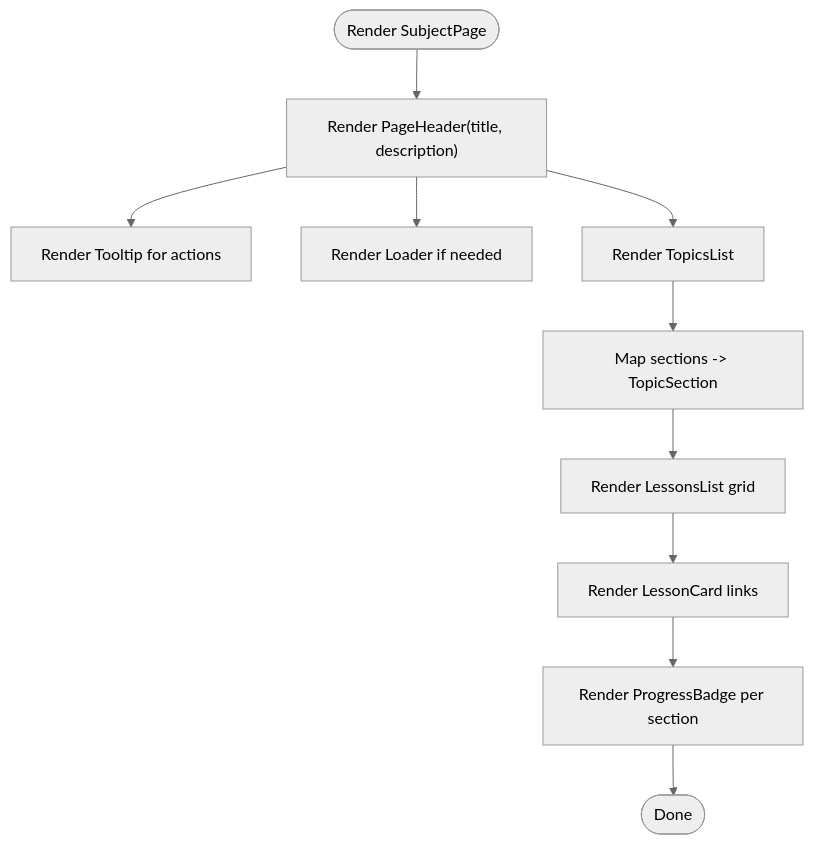
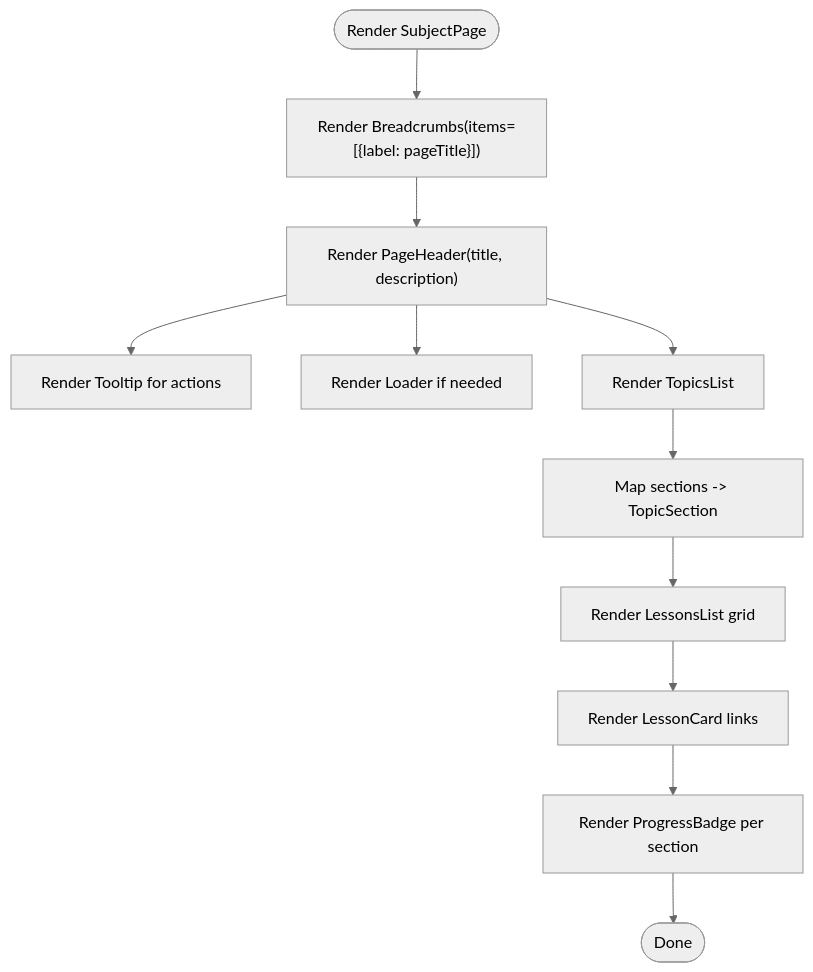
The ninth of 12 diagrams in .qoder/repowiki/en/content/Architecture & Design/Component Hierarchy & UI Architecture.md (AlexKutz/math-app-next-js), drawn with Mermaid (neutral theme) before and after one commit. The commit also changed other lines of this file and 125 other files, not shown here.

````diff
--- a/.qoder/repowiki/en/content/Architecture & Design/Component Hierarchy & UI Architecture.md
+++ b/.qoder/repowiki/en/content/Architecture & Design/Component Hierarchy & UI Architecture.md
@@ -254,12 +561,13 @@
 ```mermaid
 flowchart TD
-Start(["Render SubjectPage"]) --> PH["Render PageHeader(title, description)"]
+Start(["Render SubjectPage"]) --> BC["Render Breadcrumbs(items=[{label: pageTitle}])"]
+BC --> PH["Render PageHeader(title, description)"]
 PH --> TL["Render Tooltip for actions"]
 PH --> LD["Render Loader if needed"]
 PH --> TL2["Render TopicsList"]
 TL2 --> TS["Map sections -> TopicSection"]
 TS --> SL["Render LessonsList grid"]
 SL --> LC["Render LessonCard links"]
 LC --> PB["Render ProgressBadge per section"]
 PB --> End(["Done"])
 ```
````
